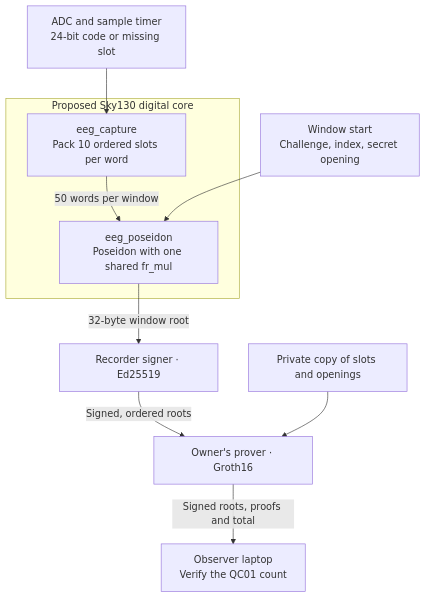
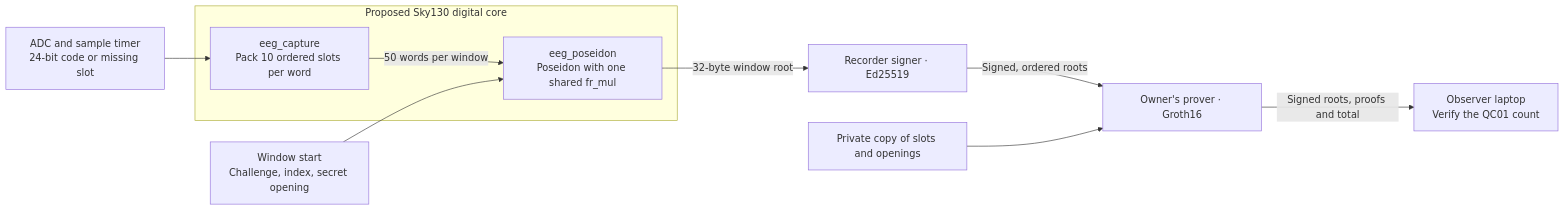
The diagram in README.md (LPSCRYPT/sky130-private-eeg), drawn with Mermaid before and after one commit.

Commit message:
Lay out the system architecture from left to right

````diff
--- a/README.md
+++ b/README.md
@@ -11,18 +11,18 @@
 ```mermaid
-flowchart TB
+flowchart LR
     slots["ADC and sample timer<br/>24-bit code or missing slot"]
     arm["Window start<br/>Challenge, index, secret opening"]
 
     subgraph core["Proposed Sky130 digital core"]
         pack["eeg_capture<br/>Pack 10 ordered slots per word"]
         hash["eeg_poseidon<br/>Poseidon with one shared fr_mul"]
         pack -->|"50 words per window"| hash
     end
 
     slots --> pack
     arm --> hash
     hash -->|"32-byte window root"| sign["Recorder signer · Ed25519"]
     sign -->|"Signed, ordered roots"| prove["Owner's prover · Groth16"]
     witness["Private copy of slots and openings"] --> prove
     prove -->|"Signed roots, proofs and total"| verify["Observer laptop<br/>Verify the QC01 count"]
 ```
````
